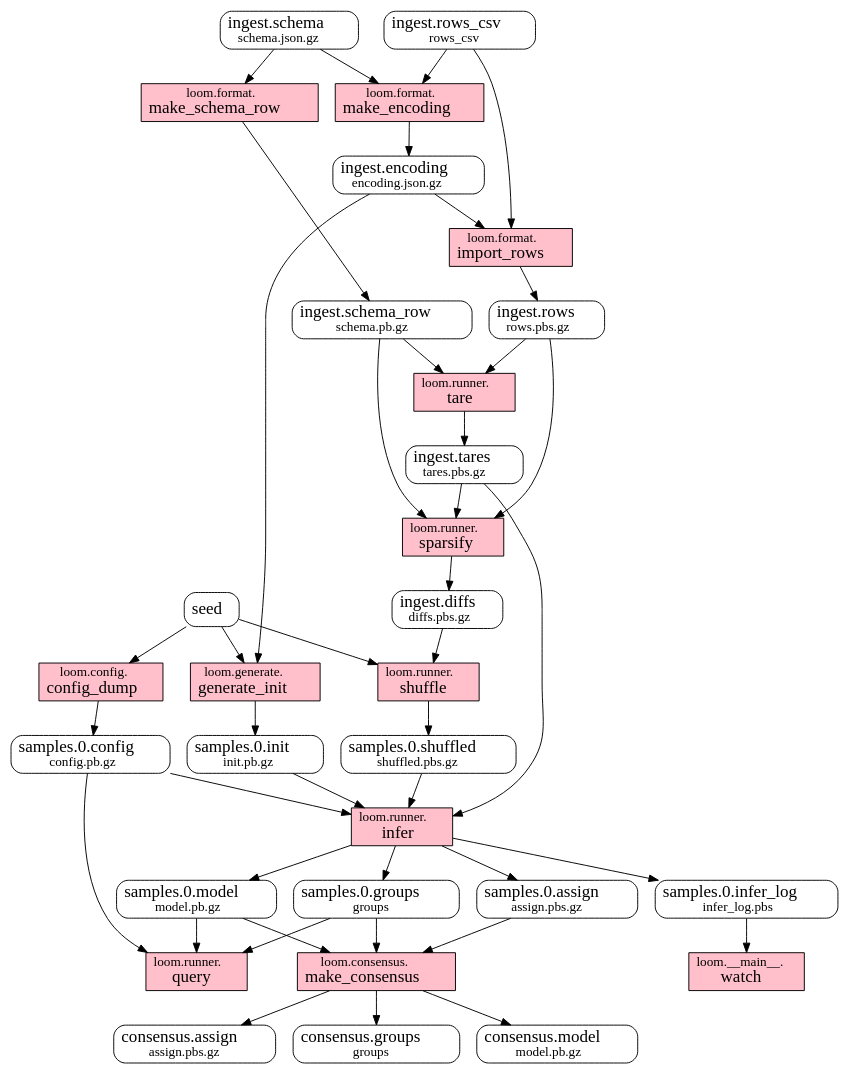
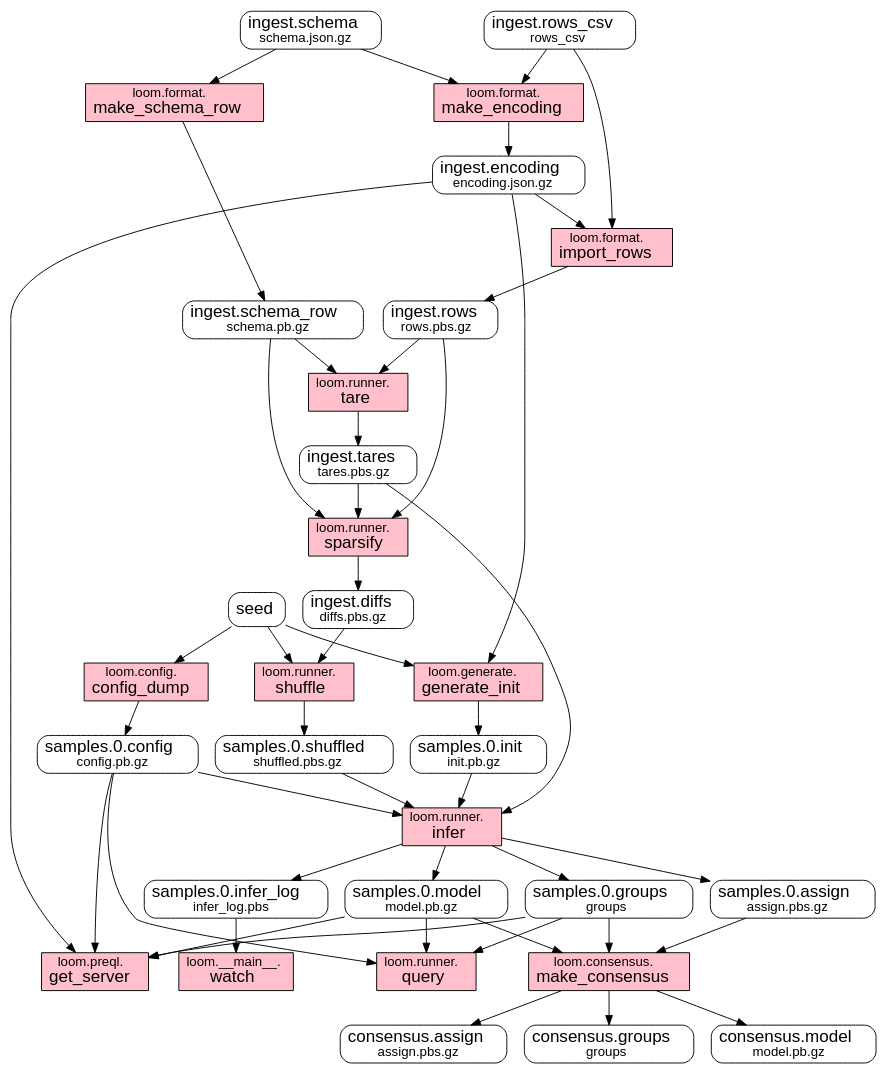
One commit to priorknowledge/loom changed the diagram in doc/dataflow.dot. Above: the diagram before and after it, drawn with Graphviz. The commit also changed 10 other files, not shown here.

Commit message:
Update dataflow diagram; switch to svg

```diff
--- a/doc/dataflow.dot
+++ b/doc/dataflow.dot
@@ -1,87 +1,95 @@
 // this file was generated by /home/fobermeyer/sf/loom/loom/documented.py
 digraph G {
   overlap=false;
+  graph [fontname = "helvetica"];
+  node [fontname = "helvetica"];
+  edge [fontname = "helvetica"];
 
   // data
   {
     node [shape=Mrecord];
     consensus_assign [label=<<FONT POINT-SIZE="18">consensus.assign</FONT><BR/>assign.pbs.gz>];
     consensus_groups [label=<<FONT POINT-SIZE="18">consensus.groups</FONT><BR/>groups>];
     consensus_model [label=<<FONT POINT-SIZE="18">consensus.model</FONT><BR/>model.pb.gz>];
     ingest_diffs [label=<<FONT POINT-SIZE="18">ingest.diffs</FONT><BR/>diffs.pbs.gz>];
     ingest_encoding [label=<<FONT POINT-SIZE="18">ingest.encoding</FONT><BR/>encoding.json.gz>];
     ingest_rows [label=<<FONT POINT-SIZE="18">ingest.rows</FONT><BR/>rows.pbs.gz>];
     ingest_rows_csv [label=<<FONT POINT-SIZE="18">ingest.rows_csv</FONT><BR/>rows_csv>];
     ingest_schema [label=<<FONT POINT-SIZE="18">ingest.schema</FONT><BR/>schema.json.gz>];
     ingest_schema_row [label=<<FONT POINT-SIZE="18">ingest.schema_row</FONT><BR/>schema.pb.gz>];
     ingest_tares [label=<<FONT POINT-SIZE="18">ingest.tares</FONT><BR/>tares.pbs.gz>];
     samples_0_assign [label=<<FONT POINT-SIZE="18">samples.0.assign</FONT><BR/>assign.pbs.gz>];
     samples_0_config [label=<<FONT POINT-SIZE="18">samples.0.config</FONT><BR/>config.pb.gz>];
     samples_0_groups [label=<<FONT POINT-SIZE="18">samples.0.groups</FONT><BR/>groups>];
     samples_0_infer_log [label=<<FONT POINT-SIZE="18">samples.0.infer_log</FONT><BR/>infer_log.pbs>];
     samples_0_init [label=<<FONT POINT-SIZE="18">samples.0.init</FONT><BR/>init.pb.gz>];
     samples_0_model [label=<<FONT POINT-SIZE="18">samples.0.model</FONT><BR/>model.pb.gz>];
     samples_0_shuffled [label=<<FONT POINT-SIZE="18">samples.0.shuffled</FONT><BR/>shuffled.pbs.gz>];
     seed [label=<<FONT POINT-SIZE="18">seed</FONT>>];
   }
 
   // transforms
   {
     node [shape=box, style=filled];
 
     config_dump [label=<loom.config.<BR/><FONT POINT-SIZE="18">config_dump</FONT>>, fillcolor=pink];
     tare [label=<loom.runner.<BR/><FONT POINT-SIZE="18">tare</FONT>>, fillcolor=pink];
     sparsify [label=<loom.runner.<BR/><FONT POINT-SIZE="18">sparsify</FONT>>, fillcolor=pink];
     shuffle [label=<loom.runner.<BR/><FONT POINT-SIZE="18">shuffle</FONT>>, fillcolor=pink];
     infer [label=<loom.runner.<BR/><FONT POINT-SIZE="18">infer</FONT>>, fillcolor=pink];
     query [label=<loom.runner.<BR/><FONT POINT-SIZE="18">query</FONT>>, fillcolor=pink];
     generate_init [label=<loom.generate.<BR/><FONT POINT-SIZE="18">generate_init</FONT>>, fillcolor=pink];
     make_schema_row [label=<loom.format.<BR/><FONT POINT-SIZE="18">make_schema_row</FONT>>, fillcolor=pink];
     make_encoding [label=<loom.format.<BR/><FONT POINT-SIZE="18">make_encoding</FONT>>, fillcolor=pink];
     import_rows [label=<loom.format.<BR/><FONT POINT-SIZE="18">import_rows</FONT>>, fillcolor=pink];
     make_consensus [label=<loom.consensus.<BR/><FONT POINT-SIZE="18">make_consensus</FONT>>, fillcolor=pink];
     watch [label=<loom.__main__.<BR/><FONT POINT-SIZE="18">watch</FONT>>, fillcolor=pink];
+    get_server [label=<loom.preql.<BR/><FONT POINT-SIZE="18">get_server</FONT>>, fillcolor=pink];
 
     seed -> config_dump [weight=1.0];
     config_dump -> samples_0_config [weight=1.0];
     ingest_schema_row -> tare [weight=1.0];
     ingest_rows -> tare [weight=1.0];
     tare -> ingest_tares [weight=1.0];
     ingest_schema_row -> sparsify [weight=1.0];
     ingest_tares -> sparsify [weight=1.0];
     ingest_rows -> sparsify [weight=1.0];
     sparsify -> ingest_diffs [weight=1.0];
     ingest_diffs -> shuffle [weight=1.0];
     seed -> shuffle [weight=1.0];
     shuffle -> samples_0_shuffled [weight=1.0];
     samples_0_config -> infer [weight=1.0];
     samples_0_shuffled -> infer [weight=1.0];
     ingest_tares -> infer [weight=1.0];
     samples_0_init -> infer [weight=1.0];
     infer -> samples_0_model [weight=1.0];
     infer -> samples_0_groups [weight=1.0];
     infer -> samples_0_assign [weight=1.0];
     infer -> samples_0_infer_log [weight=1.0];
     samples_0_config -> query [weight=1.0];
     samples_0_model -> query [weight=1.0];
     samples_0_groups -> query [weight=1.0];
     ingest_encoding -> generate_init [weight=1.0];
     seed -> generate_init [weight=1.0];
     generate_init -> samples_0_init [weight=1.0];
     ingest_schema -> make_schema_row [weight=1.0];
     make_schema_row -> ingest_schema_row [weight=1.0];
     ingest_schema -> make_encoding [weight=1.0];
     ingest_rows_csv -> make_encoding [weight=1.0];
     make_encoding -> ingest_encoding [weight=1.0];
     ingest_encoding -> import_rows [weight=1.0];
     ingest_rows_csv -> import_rows [weight=1.0];
     import_rows -> ingest_rows [weight=1.0];
     samples_0_model -> make_consensus [weight=1.0];
     samples_0_groups -> make_consensus [weight=1.0];
     samples_0_assign -> make_consensus [weight=1.0];
     make_consensus -> consensus_model [weight=1.0];
     make_consensus -> consensus_groups [weight=1.0];
     make_consensus -> consensus_assign [weight=1.0];
     samples_0_infer_log -> watch [weight=1.0];
+    ingest_encoding -> get_server [weight=1.0];
+    samples_0_config -> get_server [weight=1.0];
+    samples_0_model -> get_server [weight=1.0];
+    samples_0_groups -> get_server [weight=1.0];
   }
 }
```
